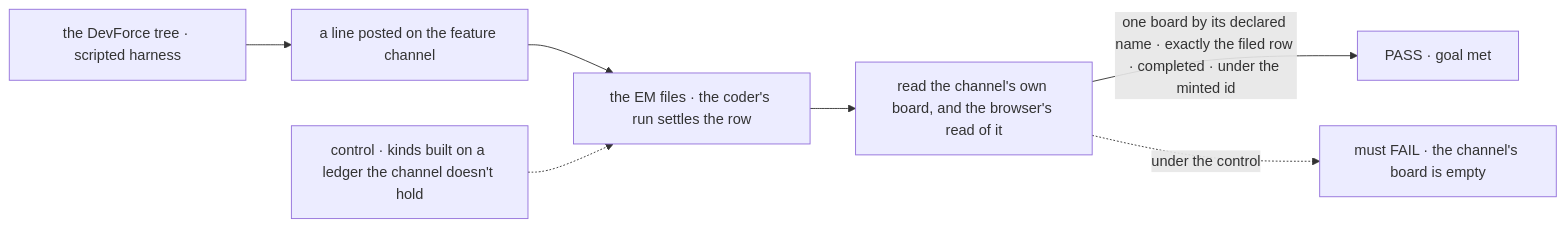
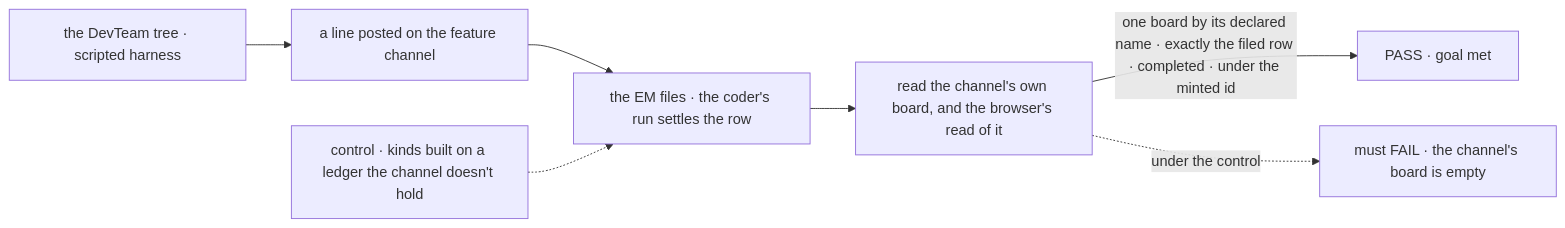
The diagram in specs/issues/FIX-1667/SPEC.md (fixpoint-labs/flow-state-dev), drawn with Mermaid before and after one commit. The commit also changed other lines of this file and 383 other files, not shown here.

````diff
--- a/specs/issues/FIX-1667/SPEC.md
+++ b/specs/issues/FIX-1667/SPEC.md
@@ -33,9 +33,9 @@
 ```mermaid
 flowchart LR
-  T["the DevForce tree · scripted harness"] --> P1["a line posted on the feature channel"]
+  T["the DevTeam tree · scripted harness"] --> P1["a line posted on the feature channel"]
   P1 --> D["the EM files · the coder's run settles the row"]
   D --> R["read the channel's own board, and the browser's read of it"]
   R -->|"one board by its declared name · exactly the filed row · completed · under the minted id"| OK["PASS · goal met"]
   C["control · kinds built on a ledger the channel doesn't hold"] -.-> D
   R -.->|"under the control"| F["must FAIL · the channel's board is empty"]
 ```
````
